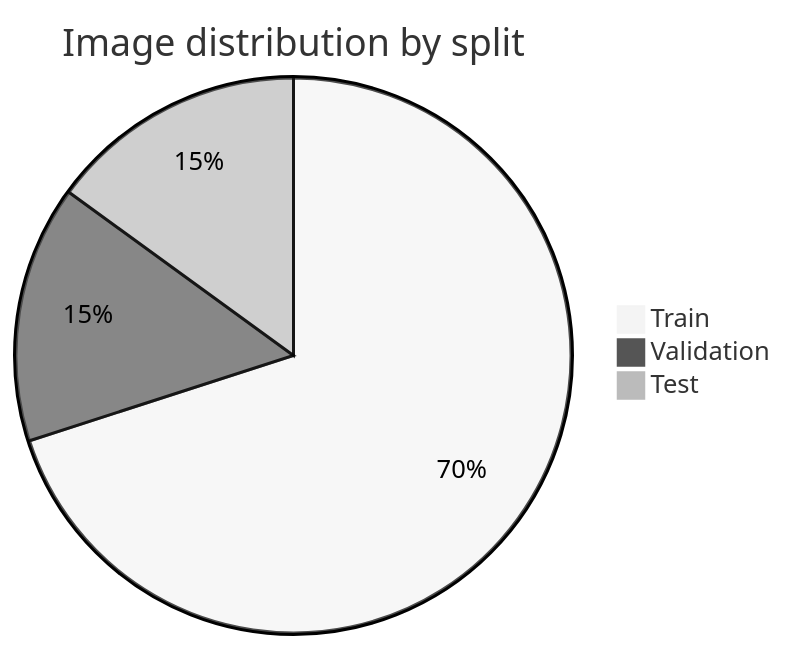
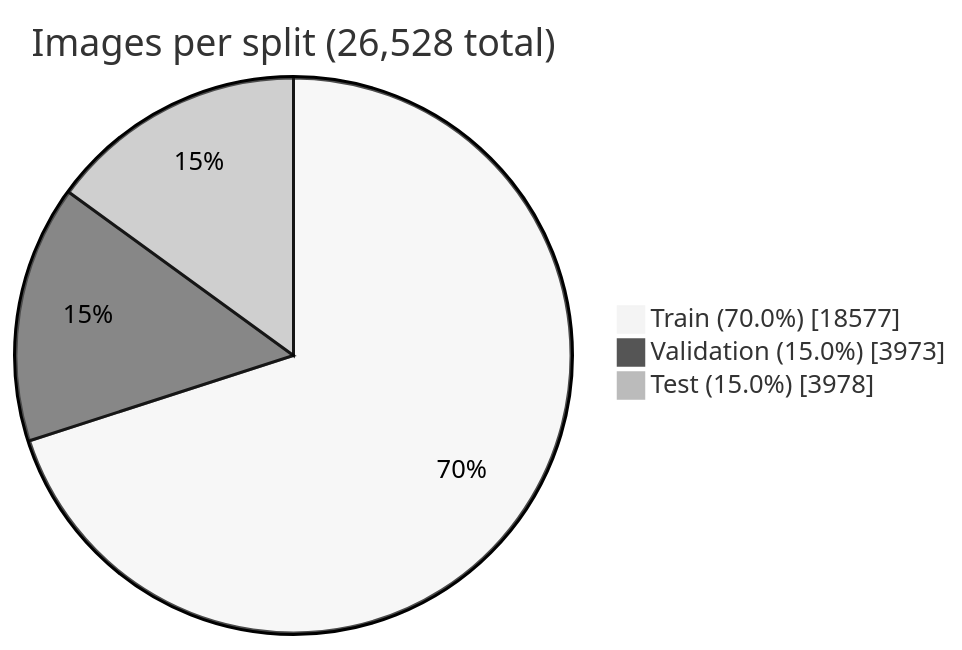
Before and after one commit to CostiCatargiu/Yolov12_WeaponDetection: the fifth of 6 diagrams in Readme.md, drawn with Mermaid (neutral theme). The commit also changed other lines of this file, not shown here.

````diff
--- a/Readme.md
+++ b/Readme.md
@@ -217,6 +521,7 @@
 ```mermaid
-pie title Image distribution by split
-    "Train" : 18577
-    "Validation" : 3973
-    "Test" : 3978
+pie showData
+    title Images per split (26,528 total)
+    "Train (70.0%)" : 18577
+    "Validation (15.0%)" : 3973
+    "Test (15.0%)" : 3978
 ```
````
